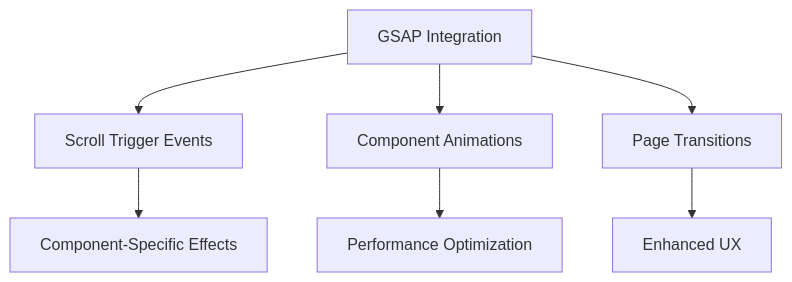
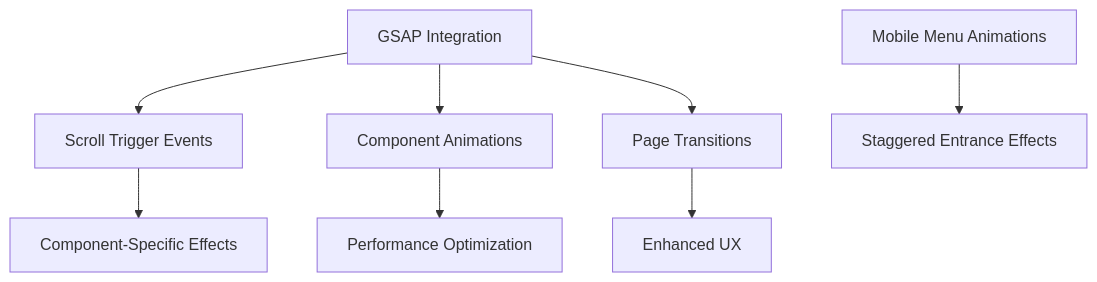
One commit to rakeshmaity271/frankie-picasso changed the tenth of 14 diagrams in .qoder/repowiki/en/content/Application Architecture.md. Above: the diagram before and after it, drawn with Mermaid. The commit also changed other lines of this file and 27 other files, not shown here.

````diff
--- a/.qoder/repowiki/en/content/Application Architecture.md
+++ b/.qoder/repowiki/en/content/Application Architecture.md
@@ -282,9 +481,10 @@
 ```mermaid
 flowchart TD
 GSAP["GSAP Integration"] --> ScrollTrigger["Scroll Trigger Events"]
 GSAP --> Animations["Component Animations"]
 GSAP --> Transitions["Page Transitions"]
 ScrollTrigger --> ComponentEffects["Component-Specific Effects"]
 Animations --> Performance["Performance Optimization"]
 Transitions --> UserExperience["Enhanced UX"]
+MobileMenu["Mobile Menu Animations"] --> Staggered["Staggered Entrance Effects"]
 ```
````
